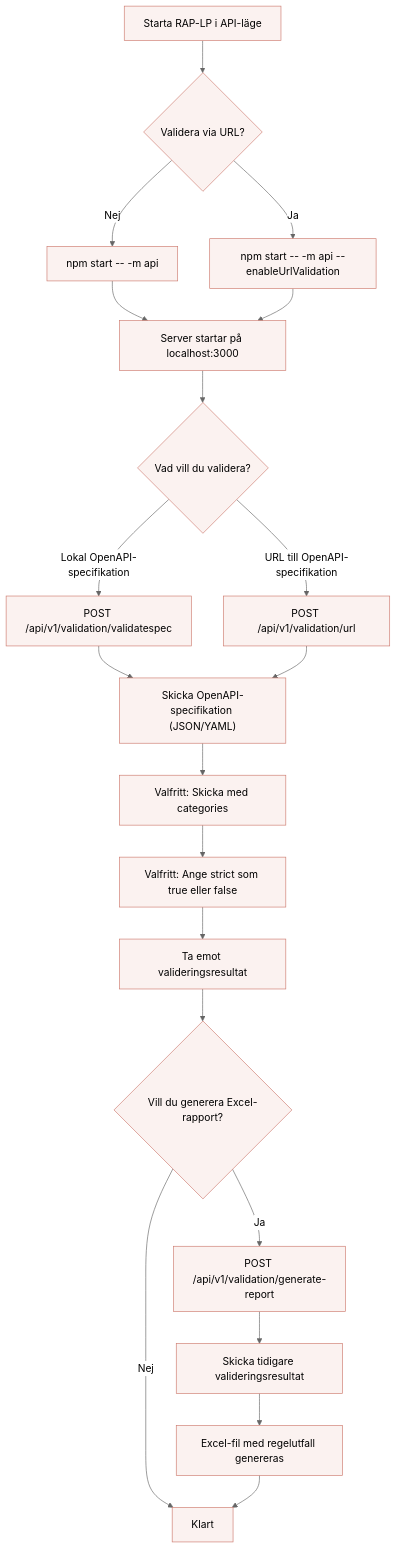
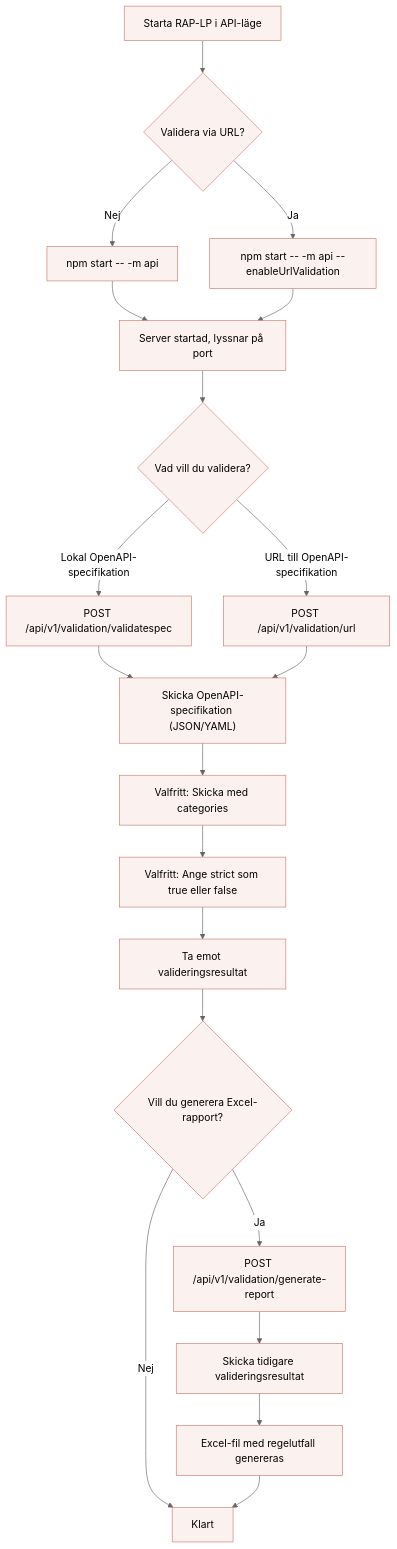
The second of 2 diagrams in README.md (diggsweden/rest-api-profil-lint-processor), drawn with Mermaid before and after one commit. The commit also changed other lines of this file and 1 other file, not shown here.

````diff
--- a/README.md
+++ b/README.md
@@ -613,50 +609,50 @@
 ```mermaid
 %%{init: {
   "theme": "base",
   "themeVariables": {
     "primaryColor": "#fbf2f0",
     "primaryTextColor": "#000",
     "primaryBorderColor": "#cd7a6e",
     "lineColor": "#666",
     "secondaryColor": "#ffffff",
     "tertiaryColor": "#ffffff"
   }
 }}%%
 flowchart TD
 
     A[Starta RAP-LP i API-läge]
 
     A --> B{Validera via URL?}
 
     B -->|Nej| C["npm start -- -m api"]
     B -->|Ja| D["npm start -- -m api --enableUrlValidation"]
 
-    C --> E["Server startar på localhost:3000"]
+    C --> E["Server startad, lyssnar på port"]
     D --> E
 
     E --> F{Vad vill du validera?}
 
     F -->|Lokal OpenAPI-specifikation| G["POST /api/v1/validation/validatespec"]
     F -->|URL till OpenAPI-specifikation| H["POST /api/v1/validation/url"]
 
     G --> I["Skicka OpenAPI-specifikation (JSON/YAML)"]
     H --> I
 
     I --> J["Valfritt: Skicka med categories"]
 
     J --> K["Valfritt: Ange strict som true eller false"]
 
     K --> L["Ta emot valideringsresultat"]
 
     L --> M{Vill du generera Excel-rapport?}
 
     M -->|Nej| N[Klart]
 
     M -->|Ja| O["POST /api/v1/validation/generate-report"]
 
     O --> P["Skicka tidigare valideringsresultat"]
 
     P --> Q["Excel-fil med regelutfall genereras"]
 
     Q --> N
 ```
````
